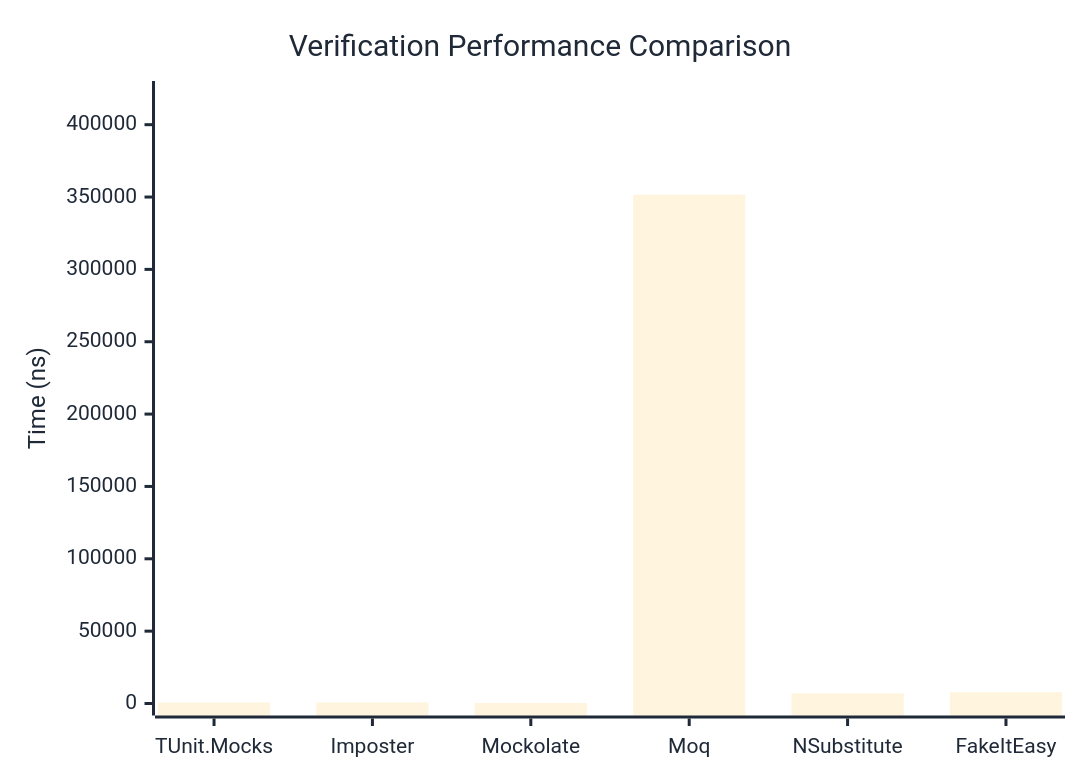
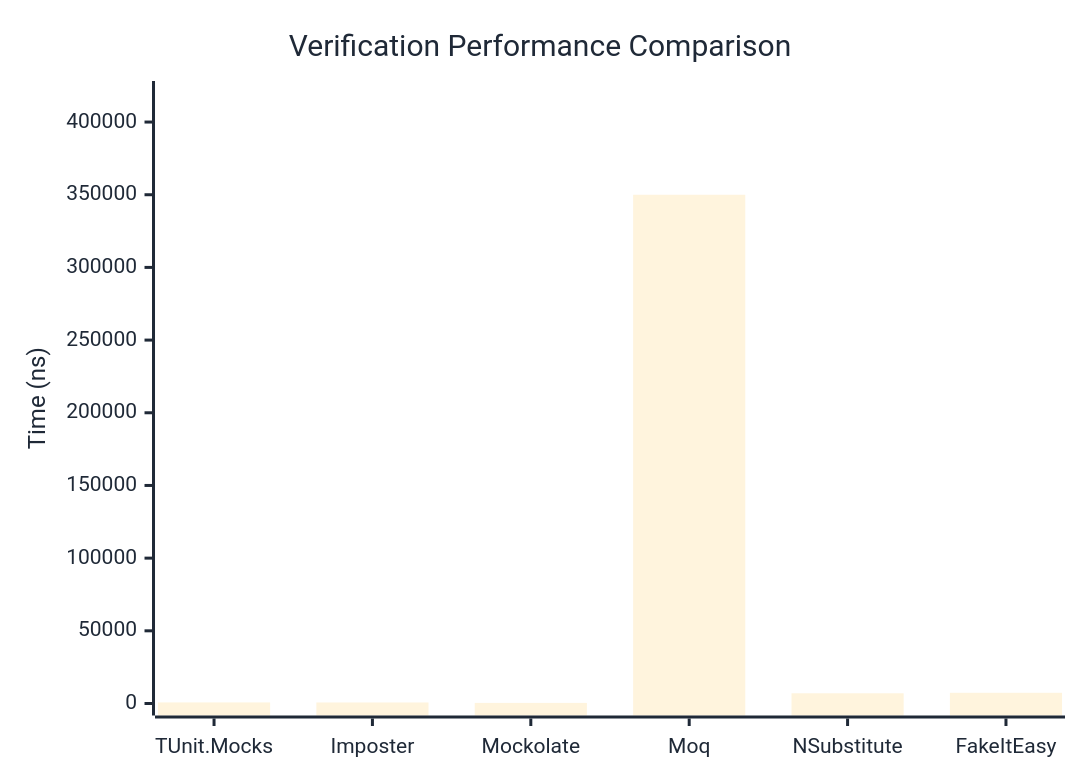
The first of 3 diagrams in docs/docs/benchmarks/mocks/Verification.md (thomhurst/TUnit), drawn with Mermaid before and after one commit. The commit also changed other lines of this file and 14 other files, not shown here.

````diff
--- a/docs/docs/benchmarks/mocks/Verification.md
+++ b/docs/docs/benchmarks/mocks/Verification.md
@@ -30,27 +30,27 @@
 ```mermaid
 %%{init: {
   'theme':'base',
   'themeVariables': {
     'primaryColor': '#2563eb',
     'primaryTextColor': '#1f2937',
     'primaryBorderColor': '#1e40af',
     'lineColor': '#6b7280',
     'secondaryColor': '#7c3aed',
     'tertiaryColor': '#dc2626',
     'background': '#ffffff',
     'pie1': '#2563eb',
     'pie2': '#7c3aed',
     'pie3': '#dc2626',
     'pie4': '#f59e0b',
     'pie5': '#10b981',
     'pie6': '#06b6d4',
     'pie7': '#ec4899',
     'pie8': '#6366f1'
   }
 }}%%
 xychart-beta
   title "Verification Performance Comparison"
   x-axis ["TUnit.Mocks", "Imposter", "Mockolate", "Moq", "NSubstitute", "FakeItEasy"]
-  y-axis "Time (ns)" 0 --> 421893
-  bar [710.38, 719.7, 415.98, 351577.25, 7029.95, 7821.32]
+  y-axis "Time (ns)" 0 --> 419982
+  bar [739.22, 706.45, 406.95, 349984.31, 7034.08, 7368.2]
 ```
````
